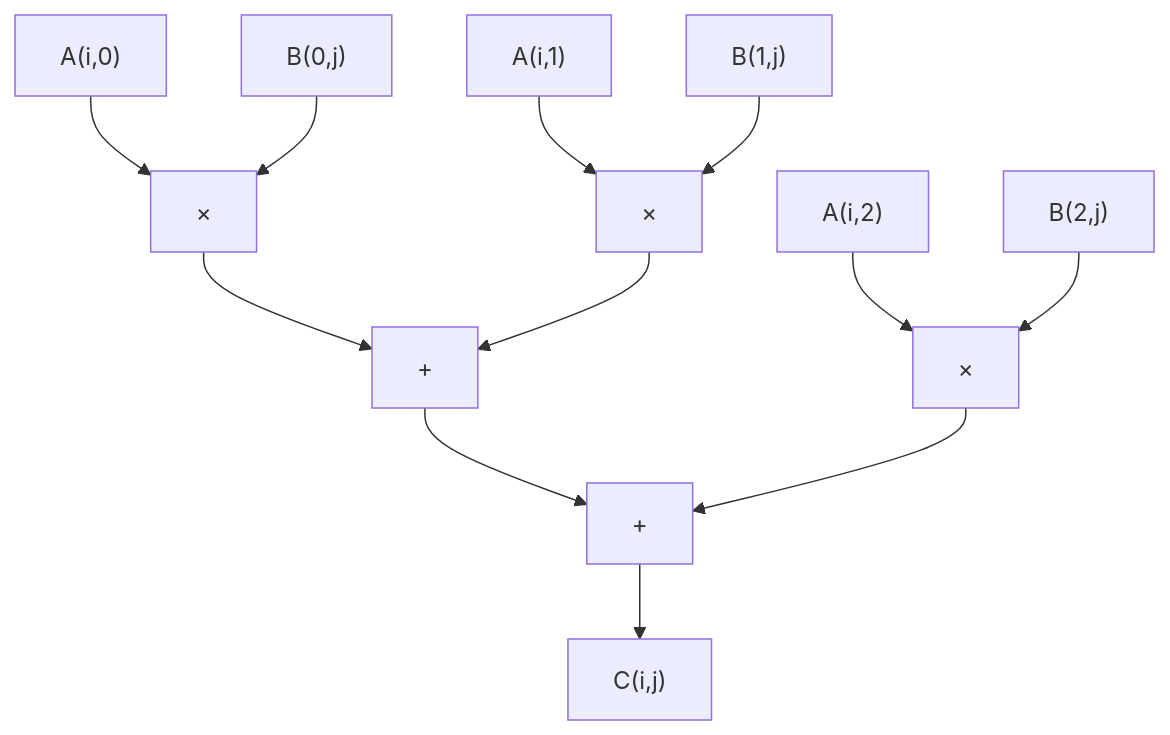
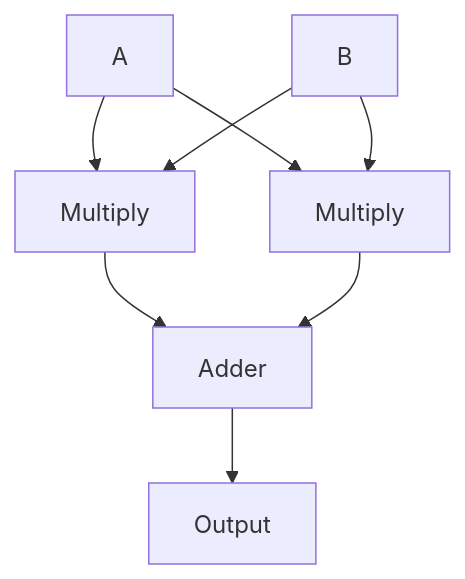
One commit to siddhaantxsingh/Comparative-Analysis-Of-Different-Kind-of-Matrix-Multipliers-Using-Verilog changed the second of 3 diagrams in README.md. Above: the diagram before and after it, drawn with Mermaid. The commit also changed other lines of this file, not shown here.

````diff
--- a/README.md
+++ b/README.md
@@ -55,17 +50,12 @@
 ```mermaid
 flowchart TB
-    A0["A(i,0)"] --> M0["×"]
-    B0["B(0,j)"] --> M0
+    A["A"] --> M1["Multiply"]
+    B["B"] --> M1
 
-    A1["A(i,1)"] --> M1["×"]
-    B1["B(1,j)"] --> M1
+    A --> M2["Multiply"]
+    B --> M2
 
-    A2["A(i,2)"] --> M2["×"]
-    B2["B(2,j)"] --> M2
-
-    M0 --> S1["+"]
-    M1 --> S1
-    S1 --> S2["+"]
-    M2 --> S2
-    S2 --> OUT["C(i,j)"]
+    M1 --> ADD["Adder"]
+    M2 --> ADD
+    ADD --> OUT["Output"]
 ```
````
